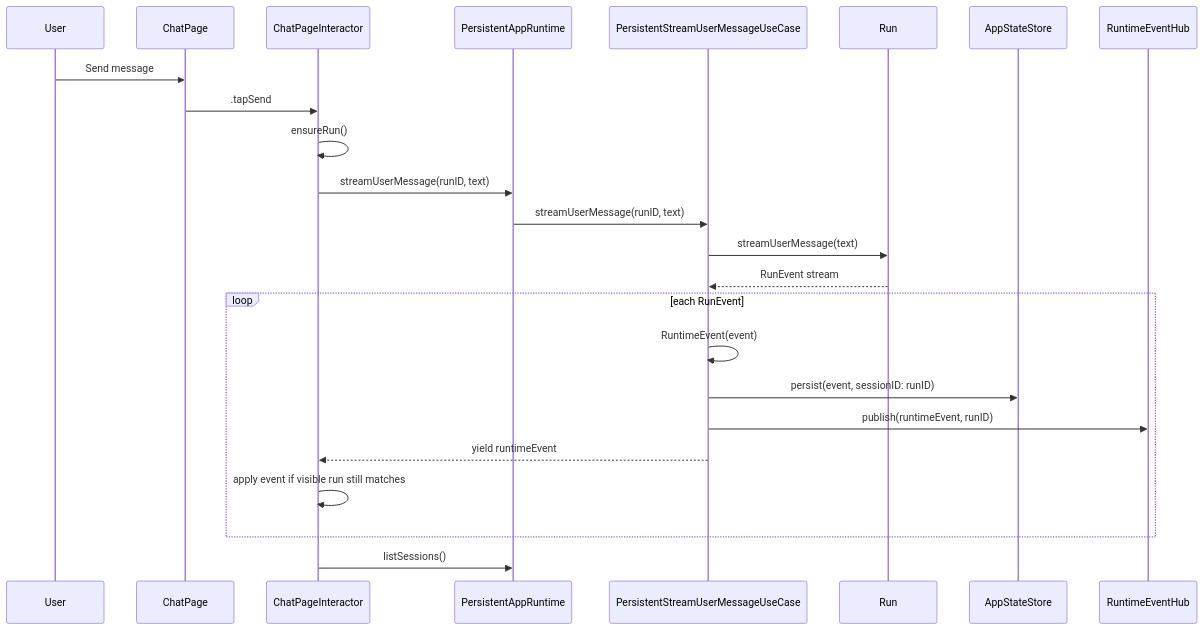
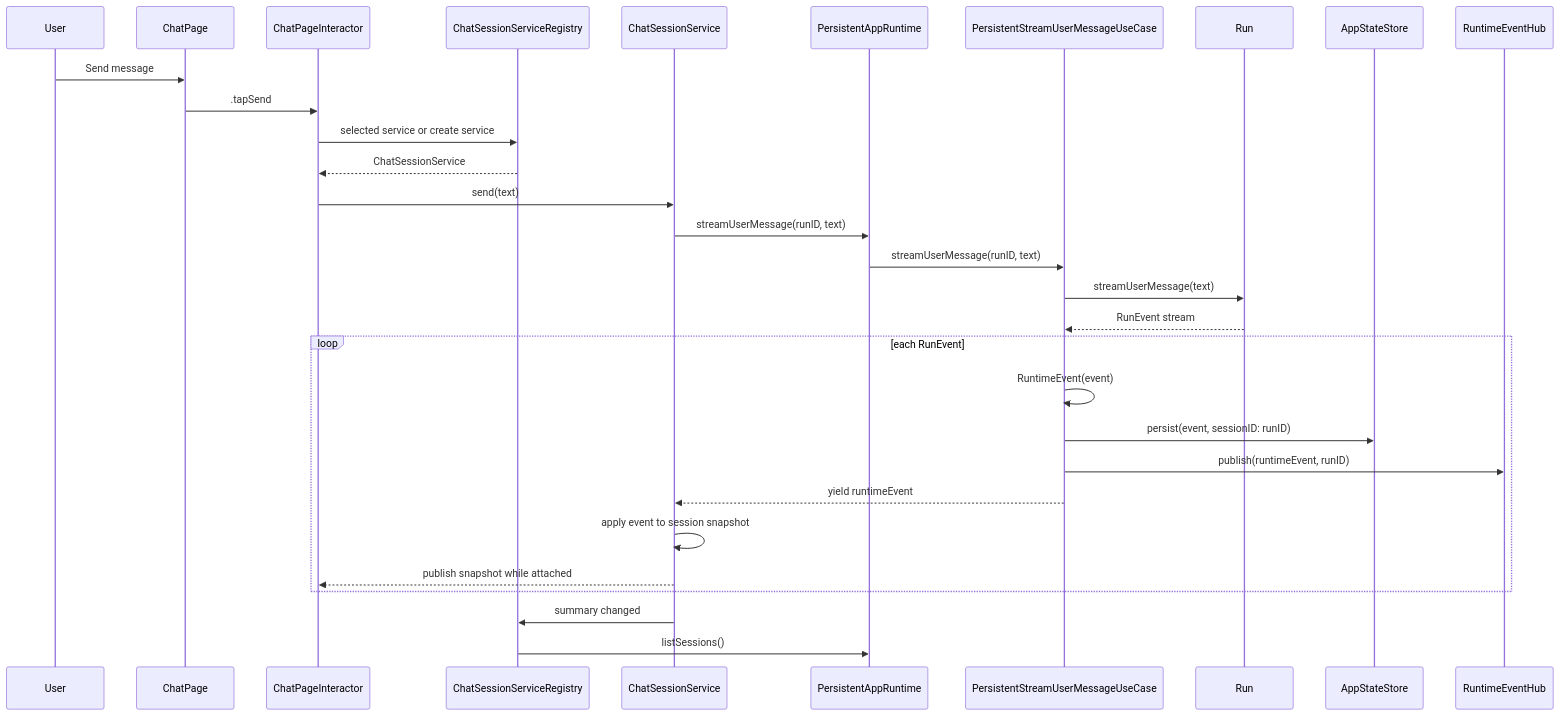
The first of 6 diagrams in docs/plans/0005-chat-log-runtime-architecture-map.md (crypt0s1s/Hephaestus), drawn with Mermaid before and after one commit. The commit also changed other lines of this file and 10 other files, not shown here.

Commit message:
Refactor chat execution into session services

````diff
--- a/docs/plans/0005-chat-log-runtime-architecture-map.md
+++ b/docs/plans/0005-chat-log-runtime-architecture-map.md
@@ -41,27 +43,33 @@
 ```mermaid
 sequenceDiagram
     participant User
     participant Page as ChatPage
     participant Interactor as ChatPageInteractor
+    participant Registry as ChatSessionServiceRegistry
+    participant Service as ChatSessionService
     participant AppRuntime as PersistentAppRuntime
     participant UseCase as PersistentStreamUserMessageUseCase
     participant Run
     participant Store as AppStateStore
     participant Hub as RuntimeEventHub
 
     User->>Page: Send message
     Page->>Interactor: .tapSend
-    Interactor->>Interactor: ensureRun()
-    Interactor->>AppRuntime: streamUserMessage(runID, text)
+    Interactor->>Registry: selected service or create service
+    Registry-->>Interactor: ChatSessionService
+    Interactor->>Service: send(text)
+    Service->>AppRuntime: streamUserMessage(runID, text)
     AppRuntime->>UseCase: streamUserMessage(runID, text)
     UseCase->>Run: streamUserMessage(text)
     Run-->>UseCase: RunEvent stream
     loop each RunEvent
         UseCase->>UseCase: RuntimeEvent(event)
         UseCase->>Store: persist(event, sessionID: runID)
         UseCase->>Hub: publish(runtimeEvent, runID)
-        UseCase-->>Interactor: yield runtimeEvent
-        Interactor->>Interactor: apply event if visible run still matches
+        UseCase-->>Service: yield runtimeEvent
+        Service->>Service: apply event to session snapshot
+        Service-->>Interactor: publish snapshot while attached
     end
-    Interactor->>AppRuntime: listSessions()
+    Service->>Registry: summary changed
+    Registry->>AppRuntime: listSessions()
 ```
````
